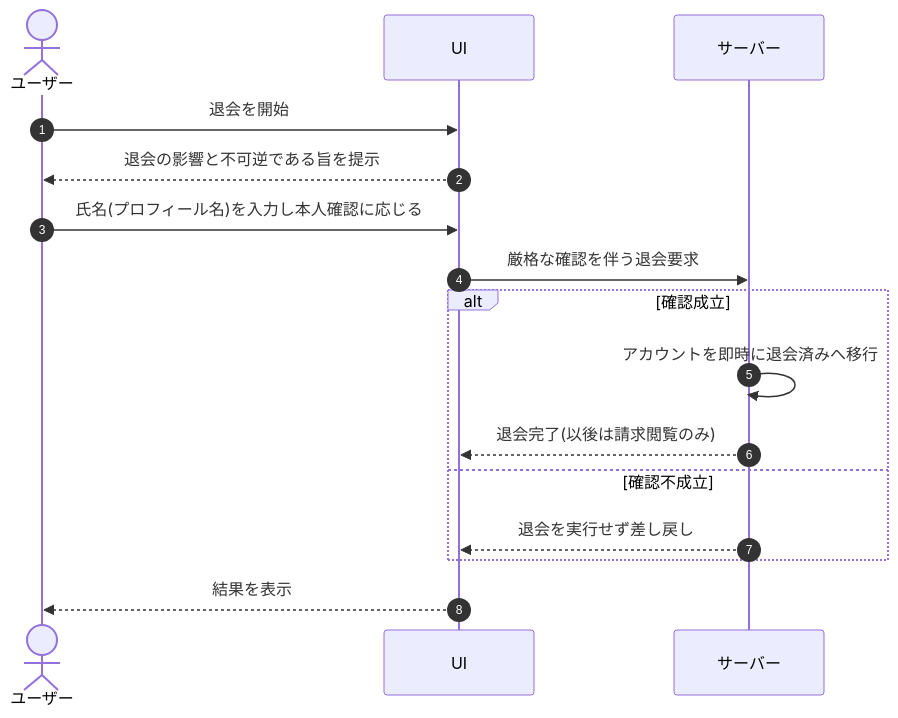
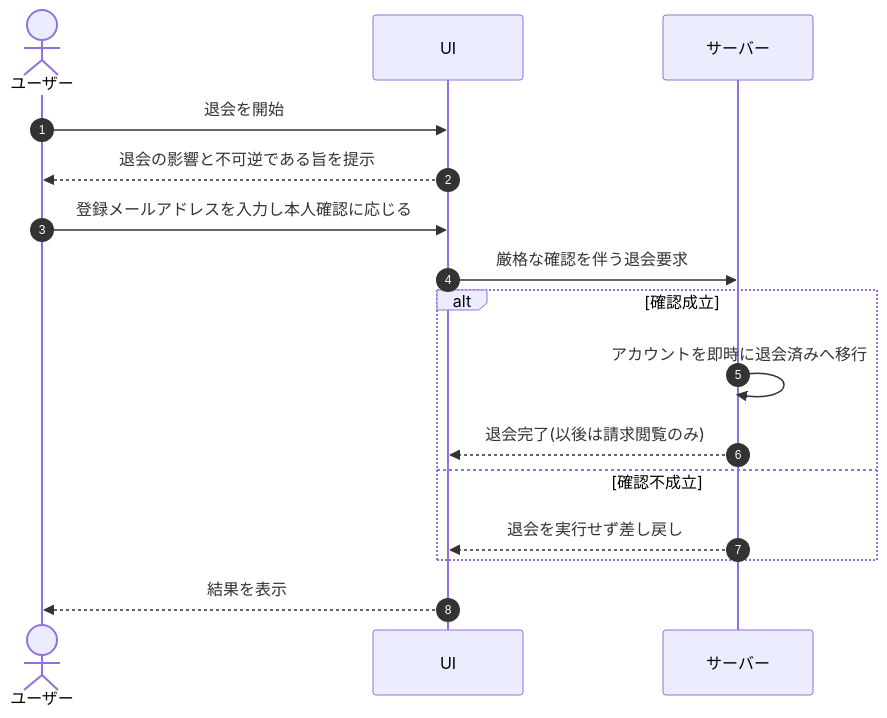
One commit to sikakou54/open-faq changed the first of 16 diagrams in 01_requirements/02_functional_requirement/06_security-fr.md. Above: the diagram before and after it, drawn with Mermaid. The commit also changed other lines of this file and 28 other files, not shown here.

````diff
--- a/01_requirements/02_functional_requirement/06_security-fr.md
+++ b/01_requirements/02_functional_requirement/06_security-fr.md
@@ -22,18 +22,18 @@
 ```mermaid
 sequenceDiagram
   autonumber
   actor U as ユーザー
   participant UI as UI
   participant S as サーバー
   U->>UI: 退会を開始
   UI-->>U: 退会の影響と不可逆である旨を提示
-  U->>UI: 氏名(プロフィール名)を入力し本人確認に応じる
+  U->>UI: 登録メールアドレスを入力し本人確認に応じる
   UI->>S: 厳格な確認を伴う退会要求
   alt 確認成立
     S->>S: アカウントを即時に退会済みへ移行
     S-->>UI: 退会完了(以後は請求閲覧のみ)
   else 確認不成立
     S-->>UI: 退会を実行せず差し戻し
   end
   UI-->>U: 結果を表示
 ```
````
